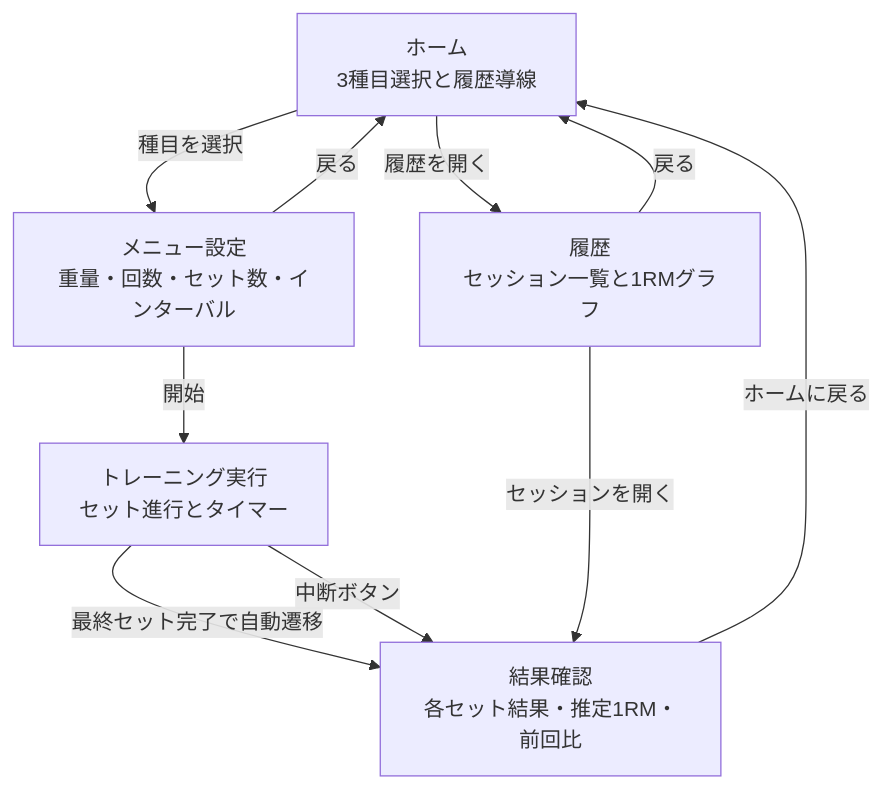
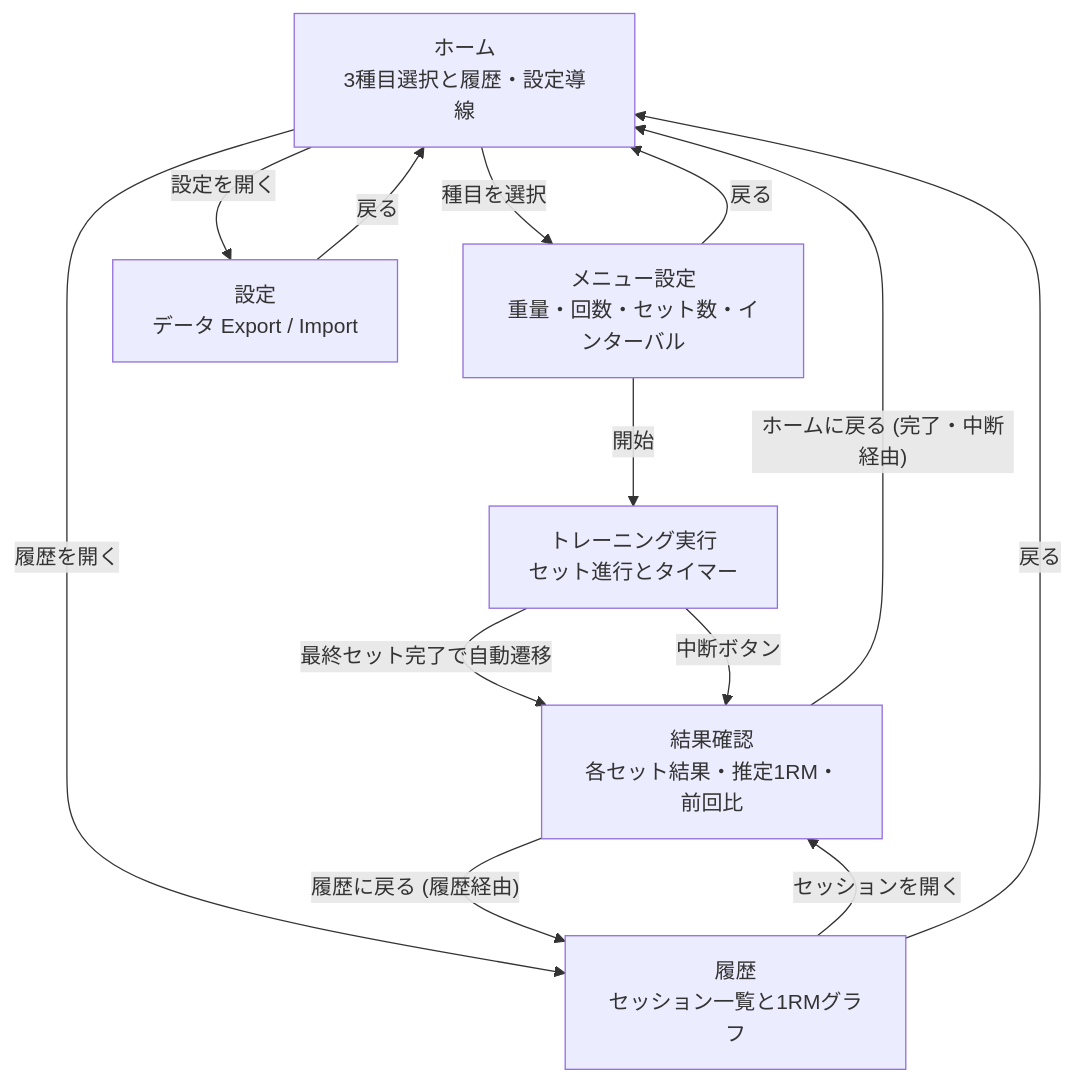
The first of 2 diagrams in docs/spec.md (umi-kappa/peak-rm), drawn with Mermaid before and after one commit. The commit also changed other lines of this file and 1 other file, not shown here.

````diff
--- a/docs/spec.md
+++ b/docs/spec.md
@@ -178,18 +239,22 @@
 ```mermaid
 flowchart TD
-    Home["ホーム<br/>3種目選択と履歴導線"]
+    Home["ホーム<br/>3種目選択と履歴・設定導線"]
     Menu["メニュー設定<br/>重量・回数・セット数・インターバル"]
     Training["トレーニング実行<br/>セット進行とタイマー"]
     Result["結果確認<br/>各セット結果・推定1RM・前回比"]
     History["履歴<br/>セッション一覧と1RMグラフ"]
+    Settings["設定<br/>データ Export / Import"]
 
     Home -- 種目を選択 --> Menu
     Home -- 履歴を開く --> History
+    Home -- 設定を開く --> Settings
     Menu -- 開始 --> Training
     Menu -- 戻る --> Home
     Training -- 最終セット完了で自動遷移 --> Result
     Training -- 中断ボタン --> Result
-    Result -- ホームに戻る --> Home
+    Result -- ホームに戻る (完了・中断経由) --> Home
+    Result -- 履歴に戻る (履歴経由) --> History
     History -- セッションを開く --> Result
     History -- 戻る --> Home
+    Settings -- 戻る --> Home
 ```
````
